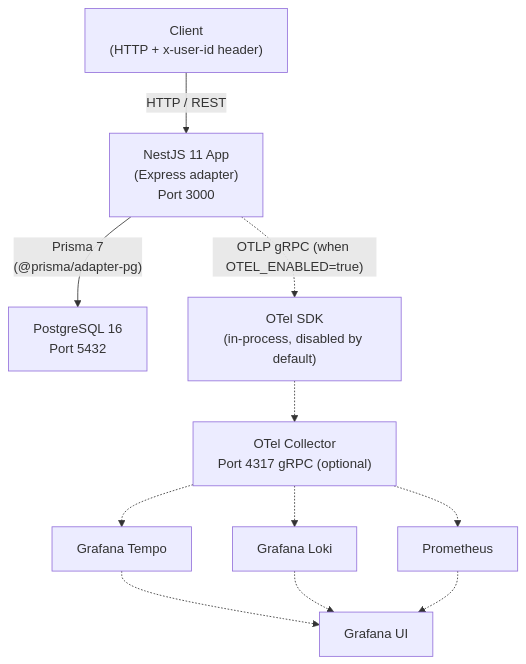
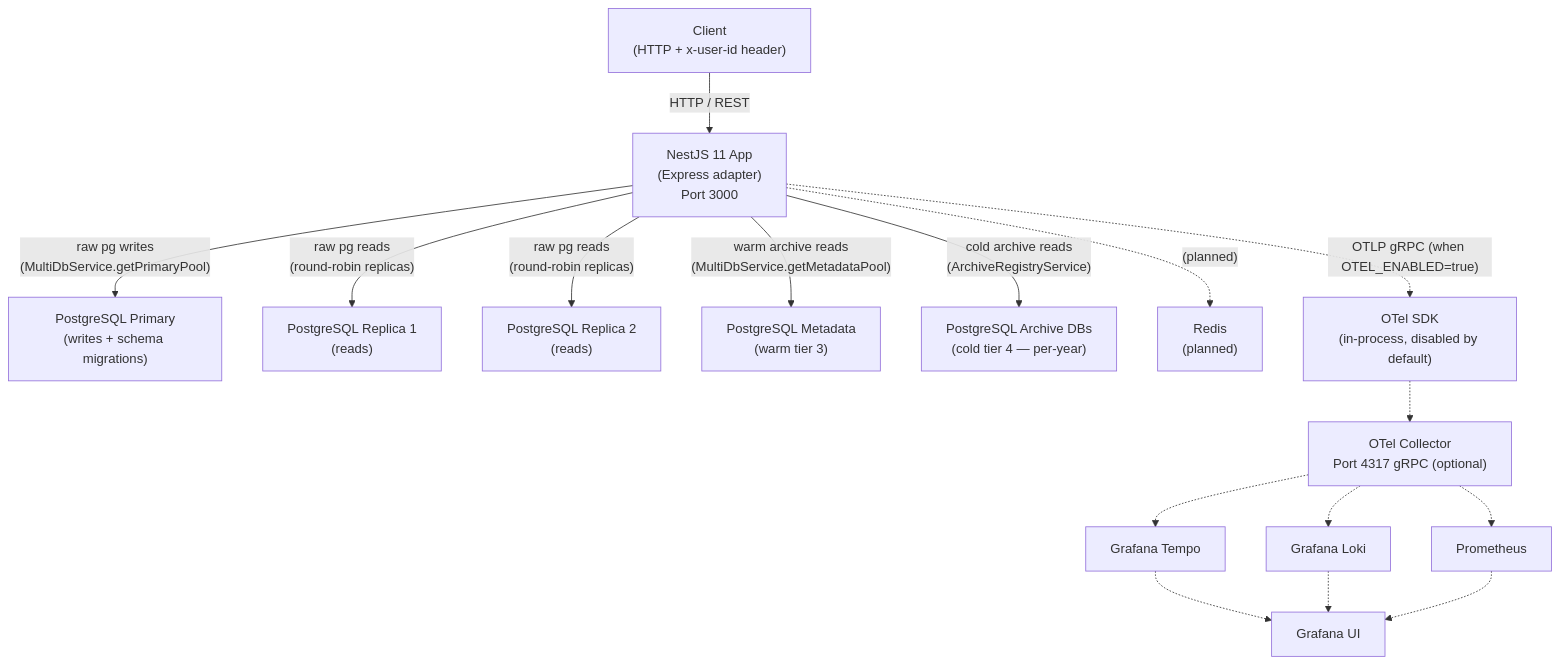
Before and after one commit to gauravprwl14/nestjs-boilerplate: the diagram in docs/architecture/high-level-architecture.md, drawn with Mermaid. The commit also changed other lines of this file and 12 other files, not shown here.

````diff
--- a/docs/architecture/high-level-architecture.md
+++ b/docs/architecture/high-level-architecture.md
@@ -7,23 +7,33 @@
 ```mermaid
 flowchart TD
     Client["Client\n(HTTP + x-user-id header)"]
     NestJS["NestJS 11 App\n(Express adapter)\nPort 3000"]
-    PG["PostgreSQL 16\nPort 5432"]
+    PGPrimary["PostgreSQL Primary\n(writes + schema migrations)"]
+    PGReplica1["PostgreSQL Replica 1\n(reads)"]
+    PGReplica2["PostgreSQL Replica 2\n(reads)"]
+    PGMetadata["PostgreSQL Metadata\n(warm tier 3)"]
+    PGArchive["PostgreSQL Archive DBs\n(cold tier 4 — per-year)"]
+    Redis["Redis\n(planned)"]
     OTelSDK["OTel SDK\n(in-process, disabled by default)"]
     OTelCollector["OTel Collector\nPort 4317 gRPC (optional)"]
     Tempo["Grafana Tempo"]
     Loki["Grafana Loki"]
     Prometheus["Prometheus"]
     Grafana["Grafana UI"]
 
     Client -->|"HTTP / REST"| NestJS
-    NestJS -->|"Prisma 7\n(@prisma/adapter-pg)"| PG
+    NestJS -->|"raw pg writes\n(MultiDbService.getPrimaryPool)"| PGPrimary
+    NestJS -->|"raw pg reads\n(round-robin replicas)"| PGReplica1
+    NestJS -->|"raw pg reads\n(round-robin replicas)"| PGReplica2
+    NestJS -->|"warm archive reads\n(MultiDbService.getMetadataPool)"| PGMetadata
+    NestJS -->|"cold archive reads\n(ArchiveRegistryService)"| PGArchive
+    NestJS -.->|"(planned)"| Redis
     NestJS -.->|"OTLP gRPC (when OTEL_ENABLED=true)"| OTelSDK
     OTelSDK -.-> OTelCollector
     OTelCollector -.-> Tempo
     OTelCollector -.-> Loki
     OTelCollector -.-> Prometheus
     Tempo -.-> Grafana
     Loki -.-> Grafana
     Prometheus -.-> Grafana
 ```
````
